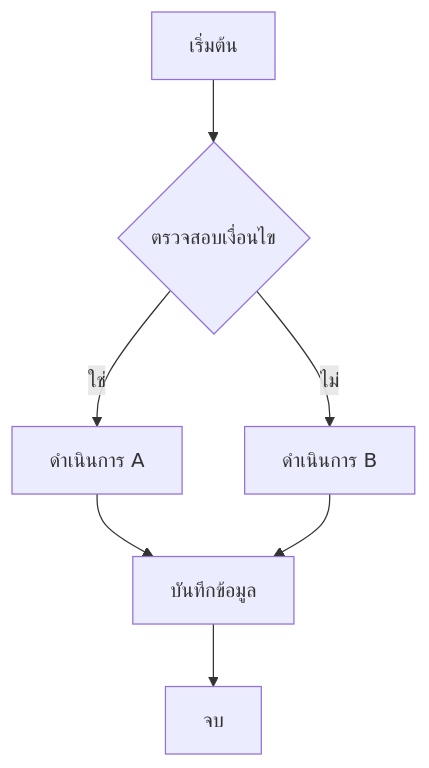
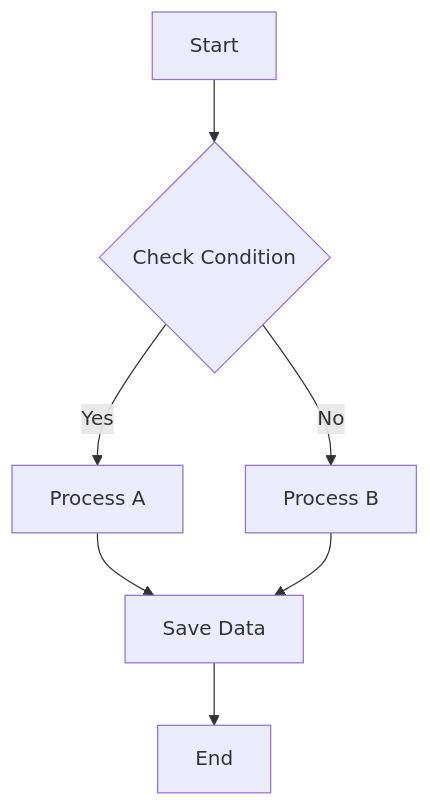
One commit to mounchons/AgentMarketPlace changed the first of 16 diagrams in plugins/system-design-doc/skills/system-design-doc/references/mermaid-patterns.md. Above: the diagram before and after it, drawn with Mermaid. The commit also changed other lines of this file and 51 other files, not shown here.

````diff
--- a/plugins/system-design-doc/skills/system-design-doc/references/mermaid-patterns.md
+++ b/plugins/system-design-doc/skills/system-design-doc/references/mermaid-patterns.md
@@ -8,9 +8,9 @@
 ```mermaid
 flowchart TD
-    A[เริ่มต้น] --> B{ตรวจสอบเงื่อนไข}
-    B -->|ใช่| C[ดำเนินการ A]
-    B -->|ไม่| D[ดำเนินการ B]
-    C --> E[บันทึกข้อมูล]
+    A[Start] --> B{Check Condition}
+    B -->|Yes| C[Process A]
+    B -->|No| D[Process B]
+    C --> E[Save Data]
     D --> E
-    E --> F[จบ]
+    E --> F[End]
 ```
````
